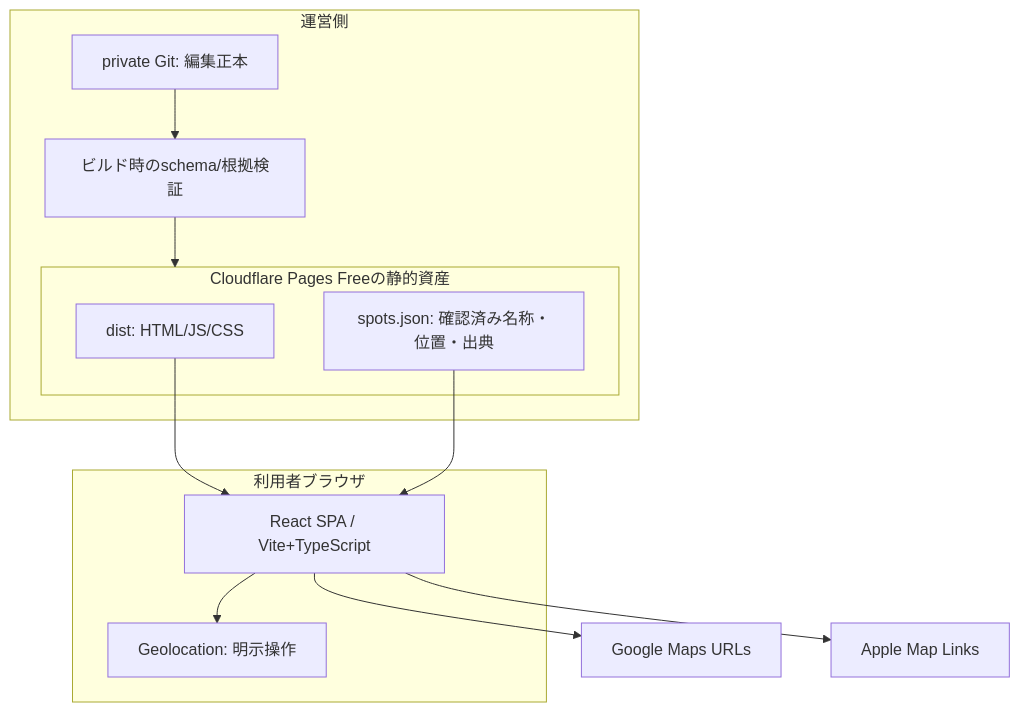
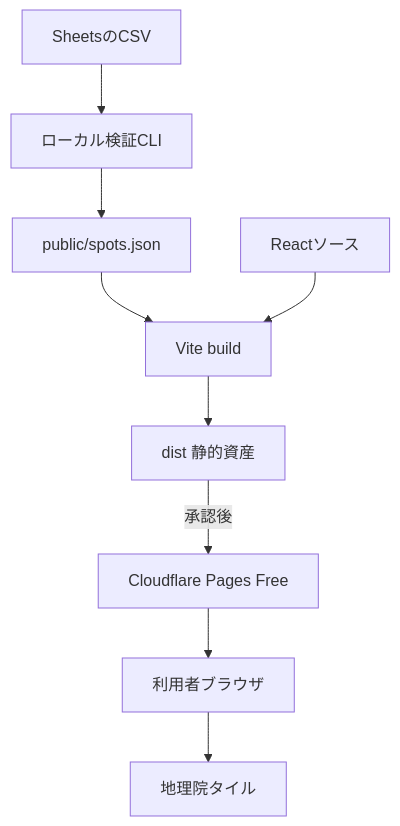
Before and after one commit to suzaking/lespot: the second of 4 diagrams in docs/ARCHITECTURE.md, drawn with Mermaid. The commit also changed other lines of this file and 69 other files, not shown here.

````diff
--- a/docs/ARCHITECTURE.md
+++ b/docs/ARCHITECTURE.md
@@ -21,21 +18,11 @@
 ```mermaid
 flowchart TD
-  subgraph Browser[利用者ブラウザ]
-    APP[React SPA / Vite+TypeScript]
-    GEO[Geolocation: 明示操作]
-    APP --> GEO
-  end
-  subgraph Pages[Cloudflare Pages Freeの静的資産]
-    UI[dist: HTML/JS/CSS]
-    DATA[spots.json: 確認済み名称・位置・出典]
-  end
-  subgraph Operator[運営側]
-    GIT[private Git: 編集正本]
-    VALID[ビルド時のschema/根拠検証]
-    GIT --> VALID --> Pages
-  end
-  UI --> APP
-  DATA --> APP
-  APP --> Google[Google Maps URLs]
-  APP --> Apple[Apple Map Links]
+ S[SheetsのCSV] --> V[ローカル検証CLI]
+ V --> J[public/spots.json]
+ J --> B[Vite build]
+ C[Reactソース] --> B
+ B --> D[dist 静的資産]
+ D -->|承認後| P[Cloudflare Pages Free]
+ P --> R[利用者ブラウザ]
+ R --> T[地理院タイル]
 ```
````
